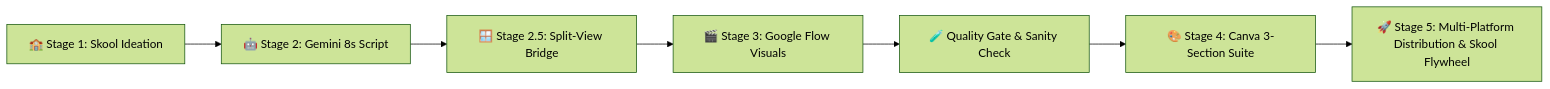
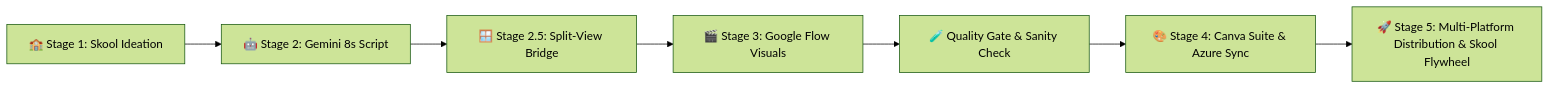
The diagram in README.md (rifaterdemsahin/aug-video-animation-3), drawn with Mermaid (forest theme) before and after one commit. The commit also changed other lines of this file and 6 other files, not shown here.

Commit message:
feat: add Azure Files state synchronization with az login and Key Vault secrets for multi-stage Canva checklist

````diff
--- a/README.md
+++ b/README.md
@@ -18,9 +19,9 @@
 ```mermaid
 flowchart LR
     A[🏫 Stage 1: Skool Ideation] --> B[🤖 Stage 2: Gemini 8s Script]
     B --> S[🪟 Stage 2.5: Split-View Bridge]
     S --> C[🎬 Stage 3: Google Flow Visuals]
     C --> QC[🧪 Quality Gate & Sanity Check]
-    QC --> D[🎨 Stage 4: Canva 3-Section Suite]
+    QC --> D[🎨 Stage 4: Canva Suite & Azure Sync]
     D --> E[🚀 Stage 5: Multi-Platform Distribution & Skool Flywheel]
 ```
````
